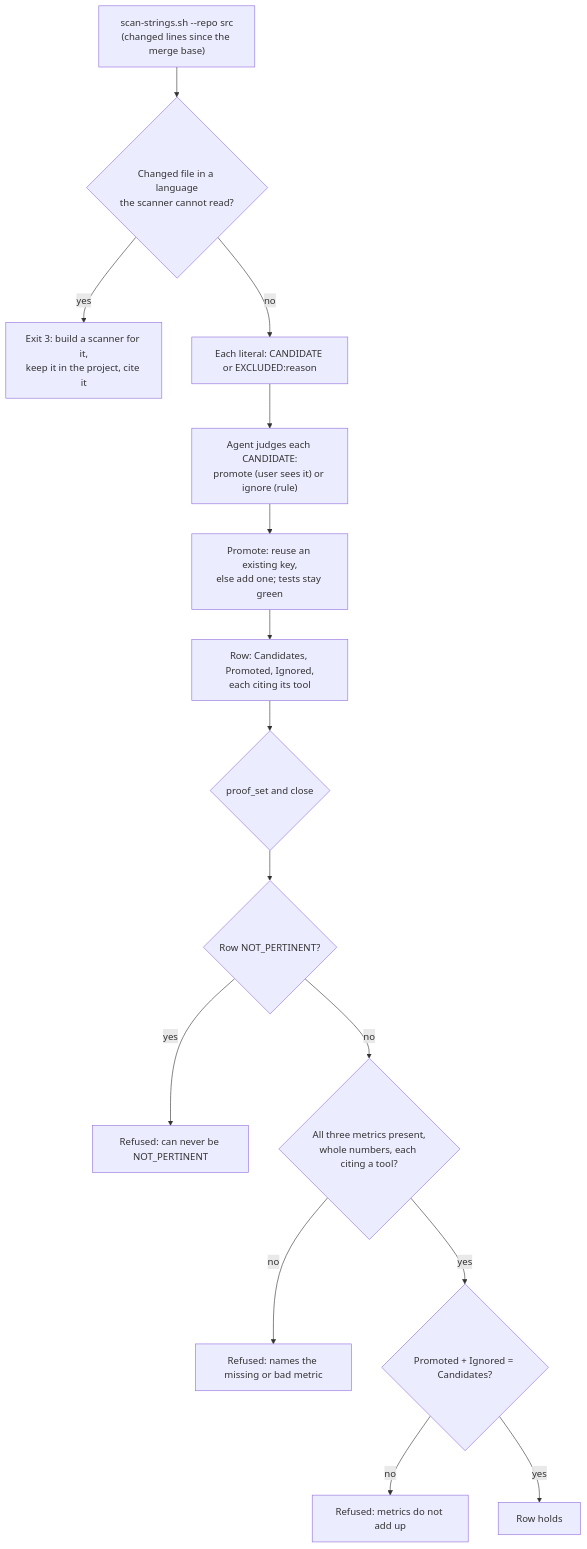
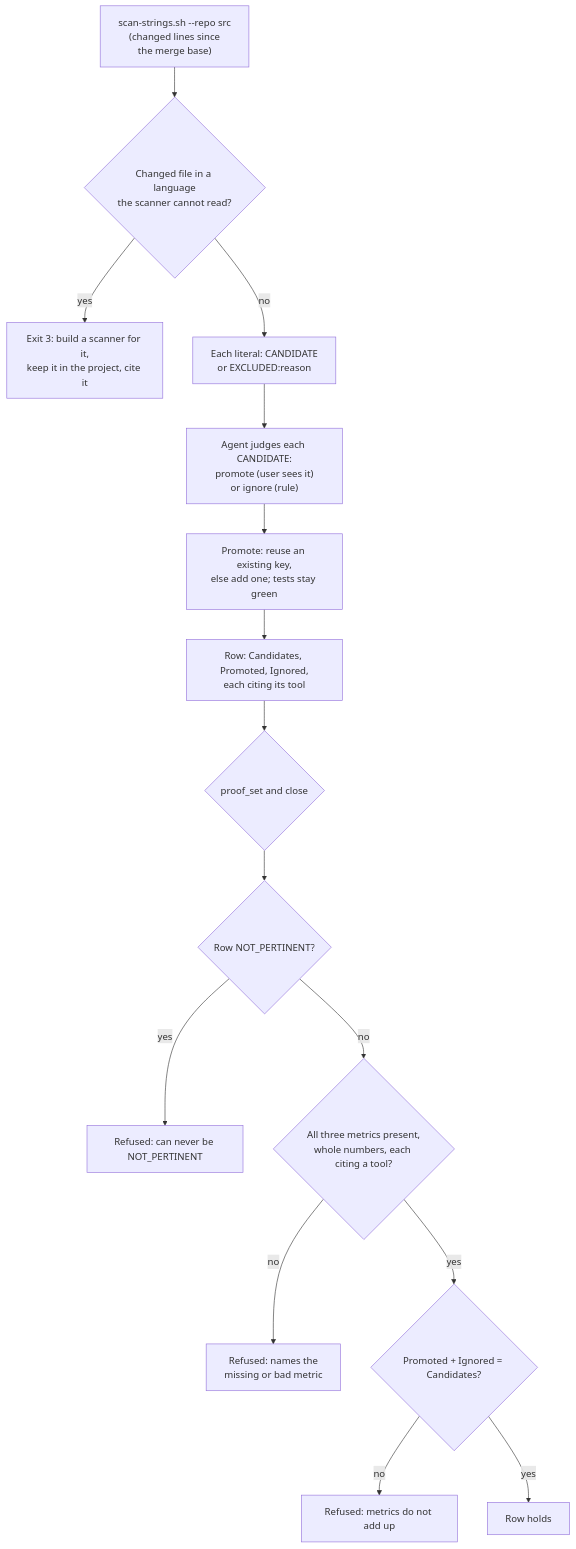
Before and after one commit to DogmaSolutions/Kyklos: the diagram in docs/PROOF_DIMENSION_I18N.md, drawn with Mermaid. The commit also changed 38 other files, not shown here.

````diff
--- a/docs/PROOF_DIMENSION_I18N.md
+++ b/docs/PROOF_DIMENSION_I18N.md
@@ -44,17 +44,17 @@
 ```mermaid
 flowchart TD
-    A["scan-strings.sh --repo src<br/>(changed lines since the merge base)"] --> B{"Changed file in a language<br/>the scanner cannot read?"}
+    A["scan-strings.sh --repo src<br/>(changed lines since<br/>the merge base)"] --> B{"Changed file in a language<br/>the scanner cannot read?"}
     B -- yes --> X0["Exit 3: build a scanner for it,<br/>keep it in the project, cite it"]
-    B -- no --> C["Each literal: CANDIDATE or EXCLUDED:reason"]
-    C --> D["Agent judges each CANDIDATE:<br/>promote (user sees it) or ignore (rule)"]
+    B -- no --> C["Each literal: CANDIDATE<br/>or EXCLUDED:reason"]
+    C --> D["Agent judges each CANDIDATE:<br/>promote (user sees it)<br/>or ignore (rule)"]
     D --> E["Promote: reuse an existing key,<br/>else add one; tests stay green"]
     E --> R["Row: Candidates, Promoted, Ignored,<br/>each citing its tool"]
     R --> V{"proof_set and close"}
     V --> N{"Row NOT_PERTINENT?"}
     N -- yes --> X1["Refused: can never be NOT_PERTINENT"]
     N -- no --> M{"All three metrics present,<br/>whole numbers, each citing a tool?"}
-    M -- no --> X2["Refused: names the missing or bad metric"]
+    M -- no --> X2["Refused: names the<br/>missing or bad metric"]
     M -- yes --> S{"Promoted + Ignored = Candidates?"}
     S -- no --> X3["Refused: metrics do not add up"]
     S -- yes --> OK["Row holds"]
 ```
````
